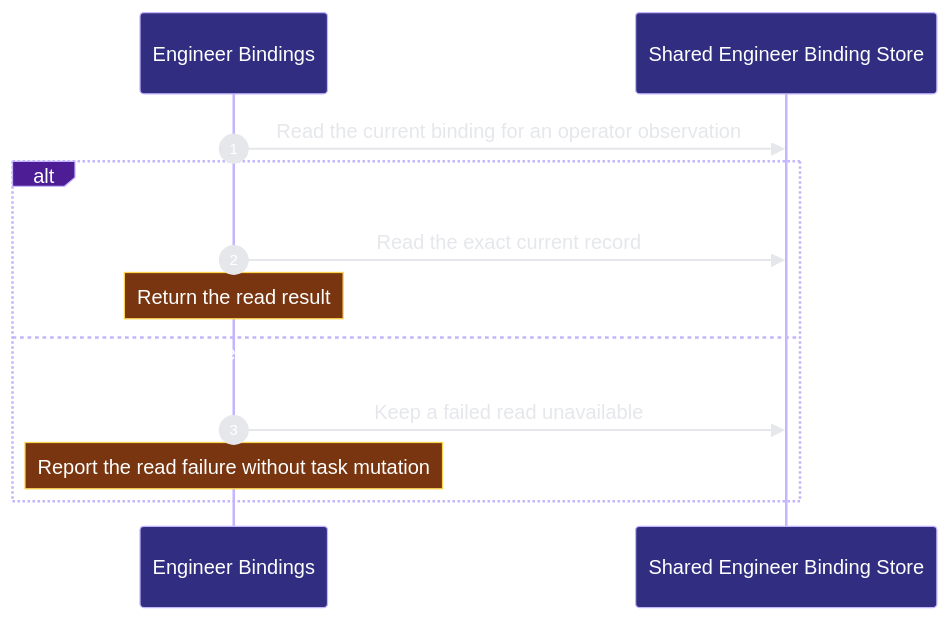
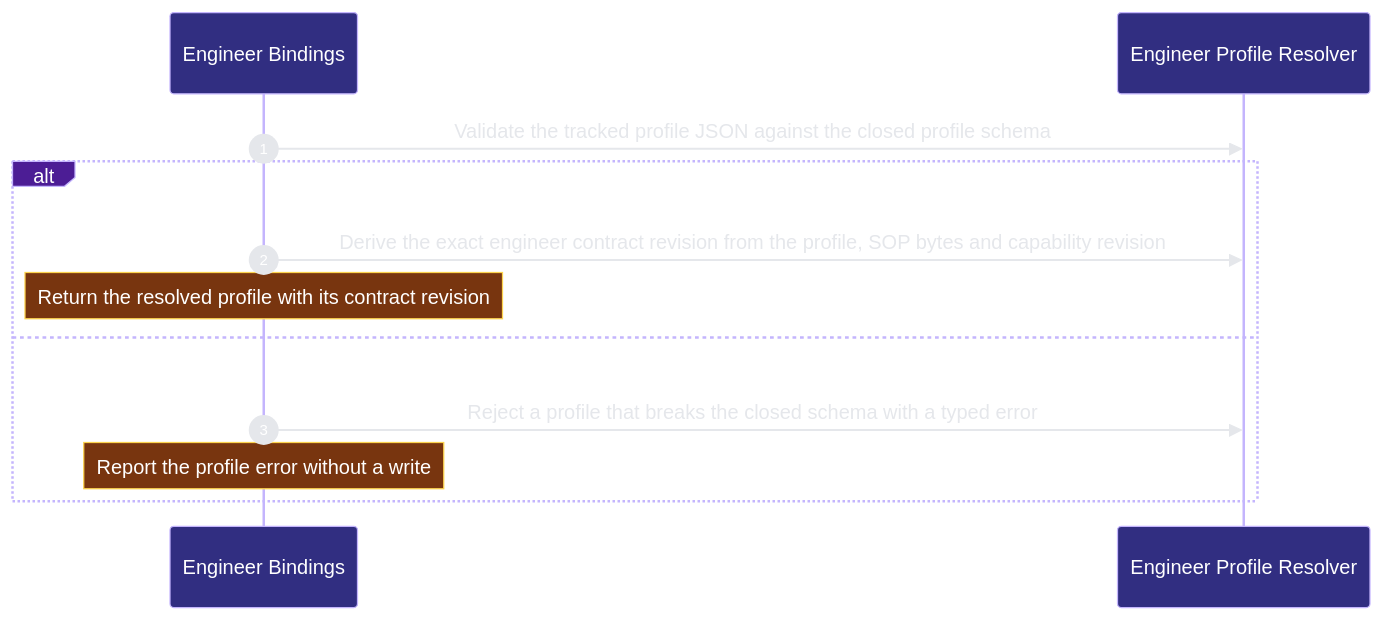
Before and after one commit to Ancienttwo/repo-harness: the second of 2 diagrams in docs/architecture/modules/runtime-harness/engineer-bindings.md, drawn with Mermaid. The commit also changed other lines of this file and 27 other files, not shown here.

First line of the commit message:
chore(projection): refresh generated architecture outputs for main@bbf18043e43e

````diff
--- a/docs/architecture/modules/runtime-harness/engineer-bindings.md
+++ b/docs/architecture/modules/runtime-harness/engineer-bindings.md
@@ -83,15 +82,15 @@
 ```mermaid
 %%{init: {"theme":"base","themeVariables":{"background":"#0d1117","actorBkg":"#312e81","actorBorder":"#c4b5fd","actorTextColor":"#ffffff","signalColor":"#e5e7eb","signalTextColor":"#e5e7eb","labelBoxBkgColor":"#4c1d95","labelBoxBorderColor":"#c4b5fd","labelTextColor":"#ffffff","noteBkgColor":"#78350f","noteBorderColor":"#fcd34d","noteTextColor":"#ffffff","sequenceNumberColor":"#ffffff"}}}%%
 sequenceDiagram
   autonumber
   participant p2_engineer_de10874b as Engineer Bindings
-  participant p2_store_52b5e20f as Shared Engineer Binding Store
-  p2_engineer_de10874b->>p2_store_52b5e20f: Read the current binding for an operator observation
-  alt Return the retained observation
-  p2_engineer_de10874b->>p2_store_52b5e20f: Read the exact current record
-    Note over p2_engineer_de10874b: Return the read result
-  else Refuse an unavailable or invalid observation
-  p2_engineer_de10874b->>p2_store_52b5e20f: Keep a failed read unavailable
-    Note over p2_engineer_de10874b: Report the read failure without task mutation
+  participant p2_store_52b5e20f as Engineer Profile Resolver
+  p2_engineer_de10874b->>p2_store_52b5e20f: Validate the tracked profile JSON against the closed profile schema
+  alt The profile#44; SOP and capability resolve
+  p2_engineer_de10874b->>p2_store_52b5e20f: Derive the exact engineer contract revision from the profile#44; SOP bytes and capability revision
+    Note over p2_engineer_de10874b: Return the resolved profile with its contract revision
+  else Refuse an invalid profile
+  p2_engineer_de10874b->>p2_store_52b5e20f: Reject a profile that breaks the closed schema with a typed error
+    Note over p2_engineer_de10874b: Report the profile error without a write
   end
 ```
````
